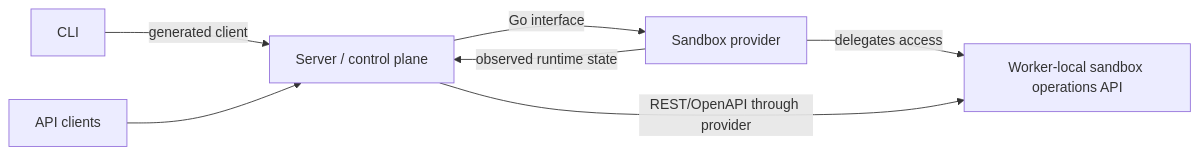
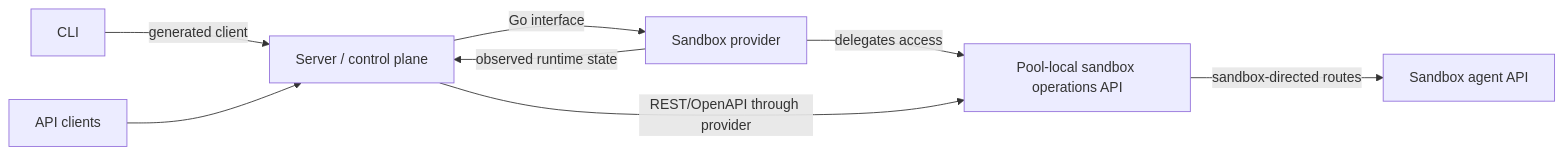
One commit to discobox-ai/discobox changed the first of 5 diagrams in DESIGN.md. Above: the diagram before and after it, drawn with Mermaid. The commit also changed other lines of this file and 37 other files, not shown here.

````diff
--- a/DESIGN.md
+++ b/DESIGN.md
@@ -35,9 +38,10 @@
 ```mermaid
 flowchart LR
     cli["CLI"] -->|"generated client"| server["Server / control plane"]
     clients["API clients"] --> server
     server -->|"Go interface"| provider["Sandbox provider"]
-    provider -->|"delegates access"| sandbox["Worker-local sandbox operations API"]
+    provider -->|"delegates access"| sandbox["Pool-local sandbox operations API"]
     server -->|"REST/OpenAPI through provider"| sandbox
+    sandbox -->|"sandbox-directed routes"| agent["Sandbox agent API"]
     provider -->|"observed runtime state"| server
 ```
````
